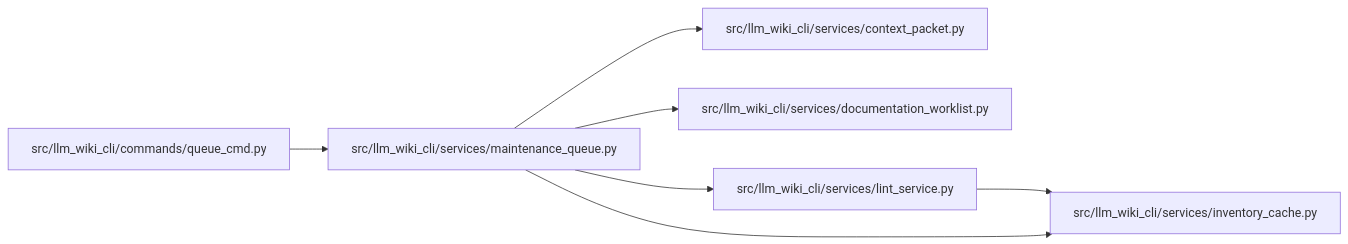
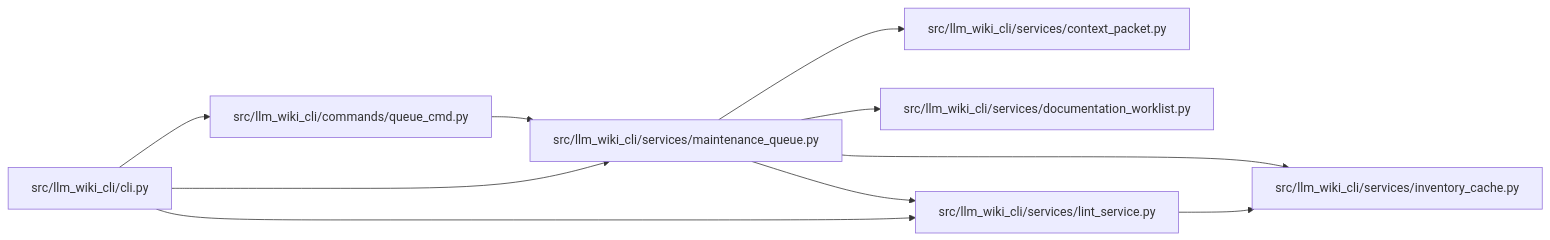
Before and after one commit to Denissvgn/python-wiki-llm: the diagram in docs/llm_wiki/modules/maintenance_queue.md, drawn with Mermaid. The commit also changed other lines of this file and 32 other files, not shown here.

````diff
--- a/docs/llm_wiki/modules/maintenance_queue.md
+++ b/docs/llm_wiki/modules/maintenance_queue.md
@@ -30,21 +30,26 @@
 ```mermaid
 flowchart LR
-    n0["src/llm_wiki_cli/commands/queue_cmd.py"]
-    n1["src/llm_wiki_cli/services/context_packet.py"]
-    n2["src/llm_wiki_cli/services/documentation_worklist.py"]
-    n3["src/llm_wiki_cli/services/inventory_cache.py"]
-    n4["src/llm_wiki_cli/services/lint_service.py"]
-    n5["src/llm_wiki_cli/services/maintenance_queue.py"]
+    n0["src/llm_wiki_cli/cli.py"]
+    n1["src/llm_wiki_cli/commands/queue_cmd.py"]
+    n2["src/llm_wiki_cli/services/context_packet.py"]
+    n3["src/llm_wiki_cli/services/documentation_worklist.py"]
+    n4["src/llm_wiki_cli/services/inventory_cache.py"]
+    n5["src/llm_wiki_cli/services/lint_service.py"]
+    n6["src/llm_wiki_cli/services/maintenance_queue.py"]
+    n0 --> n1
     n0 --> n5
-    n4 --> n3
-    n5 --> n1
-    n5 --> n2
-    n5 --> n3
+    n0 --> n6
+    n1 --> n6
     n5 --> n4
-    click n0 "../modules/queue_cmd.md"
-    click n1 "../modules/context_packet.md"
-    click n2 "../modules/documentation_worklist.md"
-    click n3 "../modules/inventory_cache.md"
-    click n4 "../modules/lint_service.md"
-    click n5 "../modules/maintenance_queue.md"
+    n6 --> n2
+    n6 --> n3
+    n6 --> n4
+    n6 --> n5
+    click n0 "../modules/cli.md"
+    click n1 "../modules/queue_cmd.md"
+    click n2 "../modules/context_packet.md"
+    click n3 "../modules/documentation_worklist.md"
+    click n4 "../modules/inventory_cache.md"
+    click n5 "../modules/lint_service.md"
+    click n6 "../modules/maintenance_queue.md"
 ```
````
